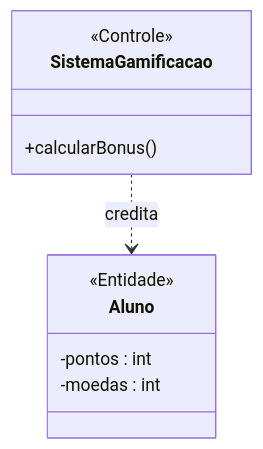
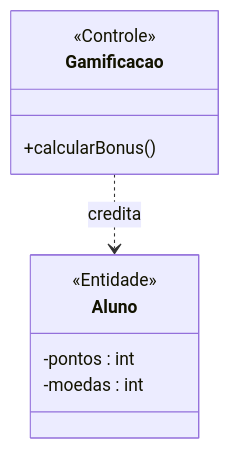
The first of 2 diagrams in 02_Modelagem_UML_Astah/UC12_Atribuir_XP_Moedas/README.md (MayconDIS/PIM_III-Documentacao_UML), drawn with Mermaid before and after one commit. The commit also changed other lines of this file and 234 other files, not shown here.

````diff
--- a/02_Modelagem_UML_Astah/UC12_Atribuir_XP_Moedas/README.md
+++ b/02_Modelagem_UML_Astah/UC12_Atribuir_XP_Moedas/README.md
@@ -55,13 +33,13 @@
 ```mermaid
 classDiagram
-    class SistemaGamificacao {
+    class Gamificacao {
         <<Controle>>
         +calcularBonus()
     }
     class Aluno {
         <<Entidade>>
         -pontos : int
         -moedas : int
     }
-    SistemaGamificacao ..> Aluno : credita
+    Gamificacao ..> Aluno : credita
 ```
````
